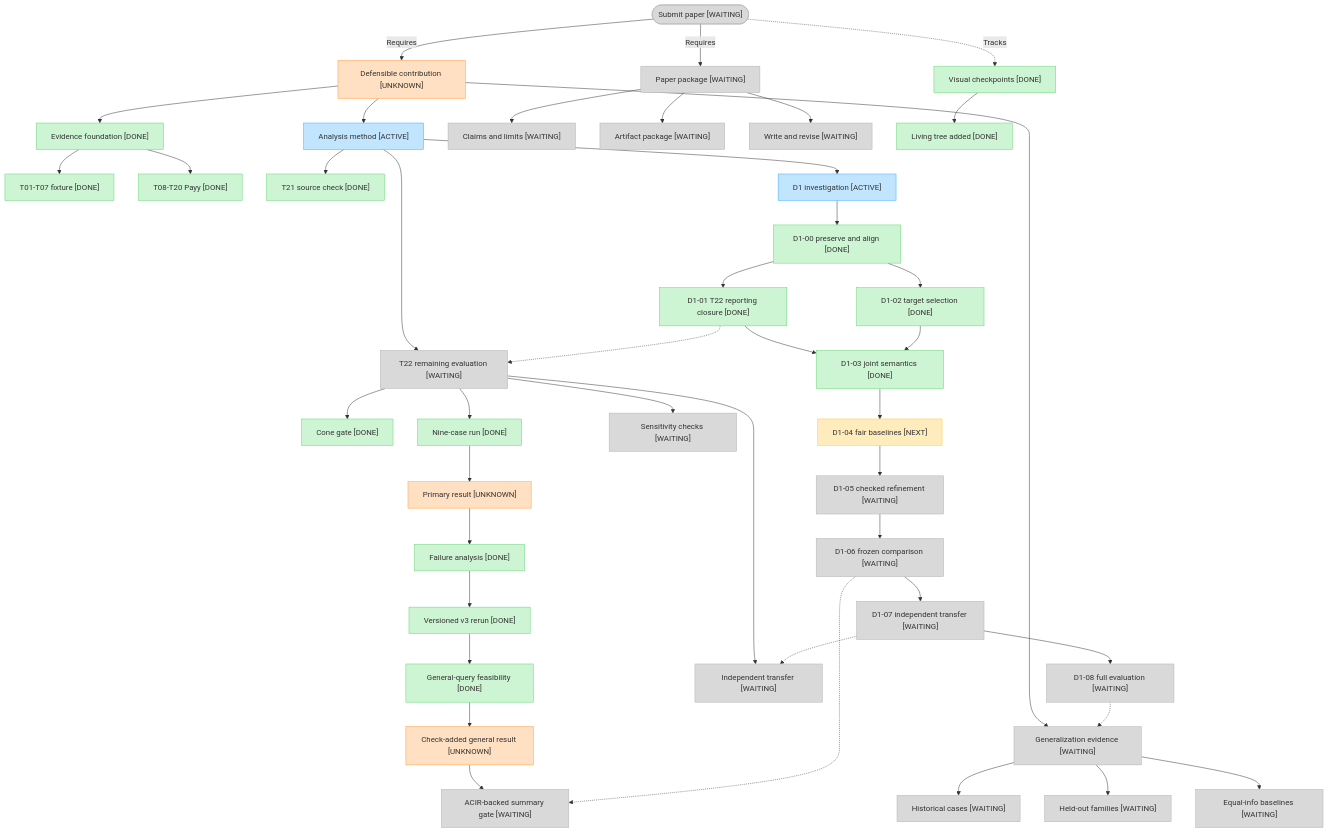
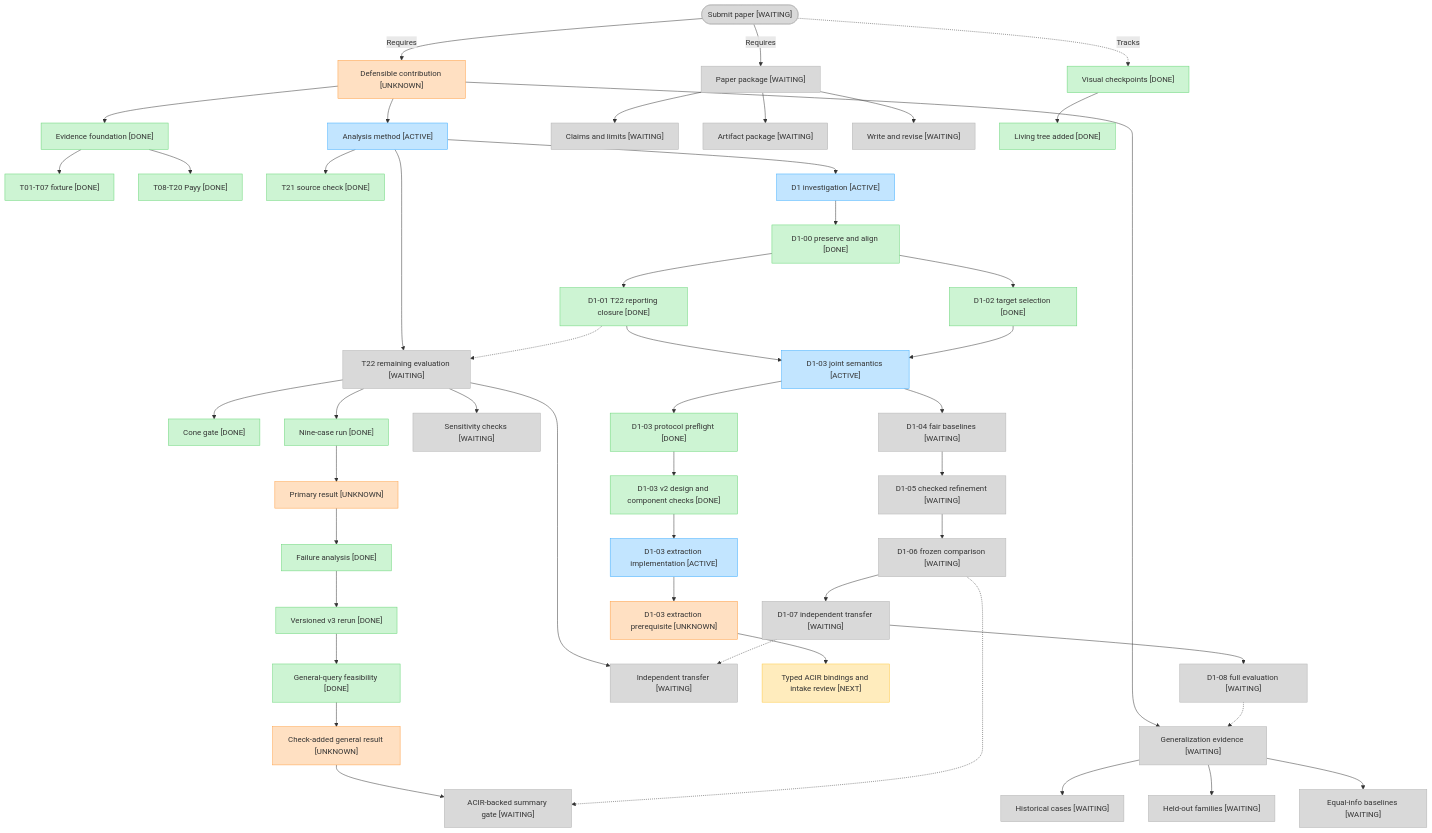
One commit to imranpollob/BindCheck changed the diagram in docs/project-status.md. Above: the diagram before and after it, drawn with Mermaid. The commit also changed other lines of this file and 58 other files, not shown here.

````diff
--- a/docs/project-status.md
+++ b/docs/project-status.md
@@ -16,66 +16,71 @@
 ```mermaid
 flowchart TD
     submit(["Submit paper [WAITING]"])
     contribution["Defensible contribution [UNKNOWN]"]
     submit -->|"Requires"| contribution
     submit -->|"Requires"| manuscript["Paper package [WAITING]"]
     submit -.->|"Tracks"| tracking["Visual checkpoints [DONE]"]
 
     contribution --> foundation["Evidence foundation [DONE]"]
     contribution --> analysis["Analysis method [ACTIVE]"]
     contribution --> evaluation["Generalization evidence [WAITING]"]
 
     foundation --> fixture["T01-T07 fixture [DONE]"]
     foundation --> payy["T08-T20 Payy [DONE]"]
 
     analysis --> sourceCheck["T21 source check [DONE]"]
     analysis --> t22["T22 remaining evaluation [WAITING]"]
     t22 --> coneGate["Cone gate [DONE]"]
     t22 --> nineCases["Nine-case run [DONE]"]
     nineCases --> primaryResult["Primary result [UNKNOWN]"]
     primaryResult --> failureAnalysis["Failure analysis [DONE]"]
     failureAnalysis --> v3Rerun["Versioned v3 rerun [DONE]"]
     v3Rerun --> generalGate["General-query feasibility [DONE]"]
     generalGate --> generalResult["Check-added general result [UNKNOWN]"]
     generalResult --> acirSummary["ACIR-backed summary gate [WAITING]"]
     t22 --> transferCase["Independent transfer [WAITING]"]
     t22 --> sensitivity["Sensitivity checks [WAITING]"]
 
     analysis --> d1["D1 investigation [ACTIVE]"]
     d1 --> d100["D1-00 preserve and align [DONE]"]
     d100 --> d101["D1-01 T22 reporting closure [DONE]"]
     d100 --> d102["D1-02 target selection [DONE]"]
-    d101 --> d103["D1-03 joint semantics [DONE]"]
+    d101 --> d103["D1-03 joint semantics [ACTIVE]"]
     d102 --> d103
-    d103 --> d104["D1-04 fair baselines [NEXT]"]
+    d103 --> d103preflight["D1-03 protocol preflight [DONE]"]
+    d103preflight --> d103review["D1-03 v2 design and component checks [DONE]"]
+    d103review --> d103impl["D1-03 extraction implementation [ACTIVE]"]
+    d103impl --> d103gate["D1-03 extraction prerequisite [UNKNOWN]"]
+    d103gate --> d103typed["Typed ACIR bindings and intake review [NEXT]"]
+    d103 --> d104["D1-04 fair baselines [WAITING]"]
     d104 --> d105["D1-05 checked refinement [WAITING]"]
     d105 --> d106["D1-06 frozen comparison [WAITING]"]
     d106 --> d107["D1-07 independent transfer [WAITING]"]
     d107 --> d108["D1-08 full evaluation [WAITING]"]
     d101 -.-> t22
     d106 -.-> acirSummary
     d107 -.-> transferCase
     d108 -.-> evaluation
 
     evaluation --> history["Historical cases [WAITING]"]
     evaluation --> heldOut["Held-out families [WAITING]"]
     evaluation --> baselines["Equal-info baselines [WAITING]"]
 
     manuscript --> claims["Claims and limits [WAITING]"]
     manuscript --> artifacts["Artifact package [WAITING]"]
     manuscript --> draft["Write and revise [WAITING]"]
 
     tracking --> livingTree["Living tree added [DONE]"]
 
     classDef done fill:#CDF4D3,stroke:#66D575
     classDef active fill:#C2E5FF,stroke:#3DADFF
     classDef next fill:#FFECBD,stroke:#FFC943
     classDef waiting fill:#D9D9D9,stroke:#B3B3B3
     classDef unknown fill:#FFE0C2,stroke:#FF9E42
 
-    class foundation,fixture,payy,sourceCheck,coneGate,nineCases,failureAnalysis,v3Rerun,generalGate,tracking,livingTree,d100,d101,d102,d103 done
-    class analysis,d1 active
-    class evaluation,history,heldOut,baselines,manuscript,claims,artifacts,draft,transferCase,sensitivity,submit,t22,acirSummary,d105,d106,d107,d108 waiting
-    class d104 next
-    class contribution,primaryResult,generalResult unknown
+    class foundation,fixture,payy,sourceCheck,coneGate,nineCases,failureAnalysis,v3Rerun,generalGate,tracking,livingTree,d100,d101,d102,d103preflight,d103review done
+    class analysis,d1,d103,d103impl active
+    class d103typed next
+    class evaluation,history,heldOut,baselines,manuscript,claims,artifacts,draft,transferCase,sensitivity,submit,t22,acirSummary,d104,d105,d106,d107,d108 waiting
+    class contribution,primaryResult,generalResult,d103gate unknown
 ```
````
